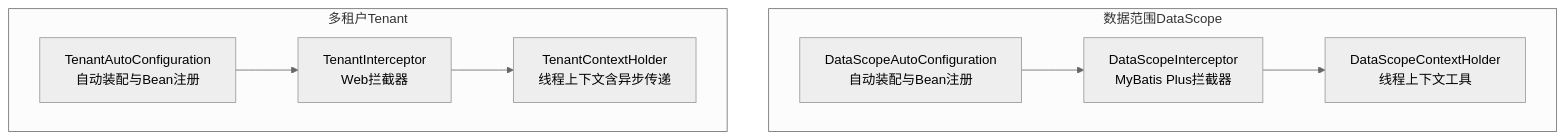
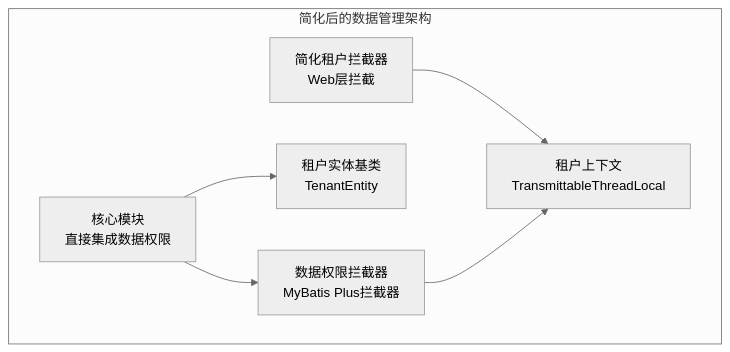
The first of 3 diagrams in .qoder/repowiki/zh/content/后端框架详解/数据管理模块/数据管理模块.md (yaomindong1996/forge-admin), drawn with Mermaid (neutral theme) before and after one commit. The commit also changed other lines of this file and 76 other files, not shown here.

````diff
--- a/.qoder/repowiki/zh/content/后端框架详解/数据管理模块/数据管理模块.md
+++ b/.qoder/repowiki/zh/content/后端框架详解/数据管理模块/数据管理模块.md
@@ -41,17 +63,14 @@
 ```mermaid
 graph TB
-subgraph "数据范围DataScope"
-DSAC["DataScopeAutoConfiguration<br/>自动装配与Bean注册"]
-DSI["DataScopeInterceptor<br/>MyBatis Plus拦截器"]
-DSC["DataScopeContextHolder<br/>线程上下文工具"]
+subgraph "简化后的数据管理架构"
+Core["核心模块<br/>直接集成数据权限"]
+DSI["数据权限拦截器<br/>MyBatis Plus拦截器"]
+TEN["租户实体基类<br/>TenantEntity"]
+TENINT["简化租户拦截器<br/>Web层拦截"]
+TENCTX["租户上下文<br/>TransmittableThreadLocal"]
 end
-subgraph "多租户Tenant"
-TAC["TenantAutoConfiguration<br/>自动装配与Bean注册"]
-TI["TenantInterceptor<br/>Web拦截器"]
-TCH["TenantContextHolder<br/>线程上下文含异步传递"]
-end
-DSAC --> DSI
-TAC --> TI
-TI --> TCH
-DSI --> DSC
+Core --> DSI
+Core --> TEN
+TENINT --> TENCTX
+DSI --> TENCTX
 ```
````
